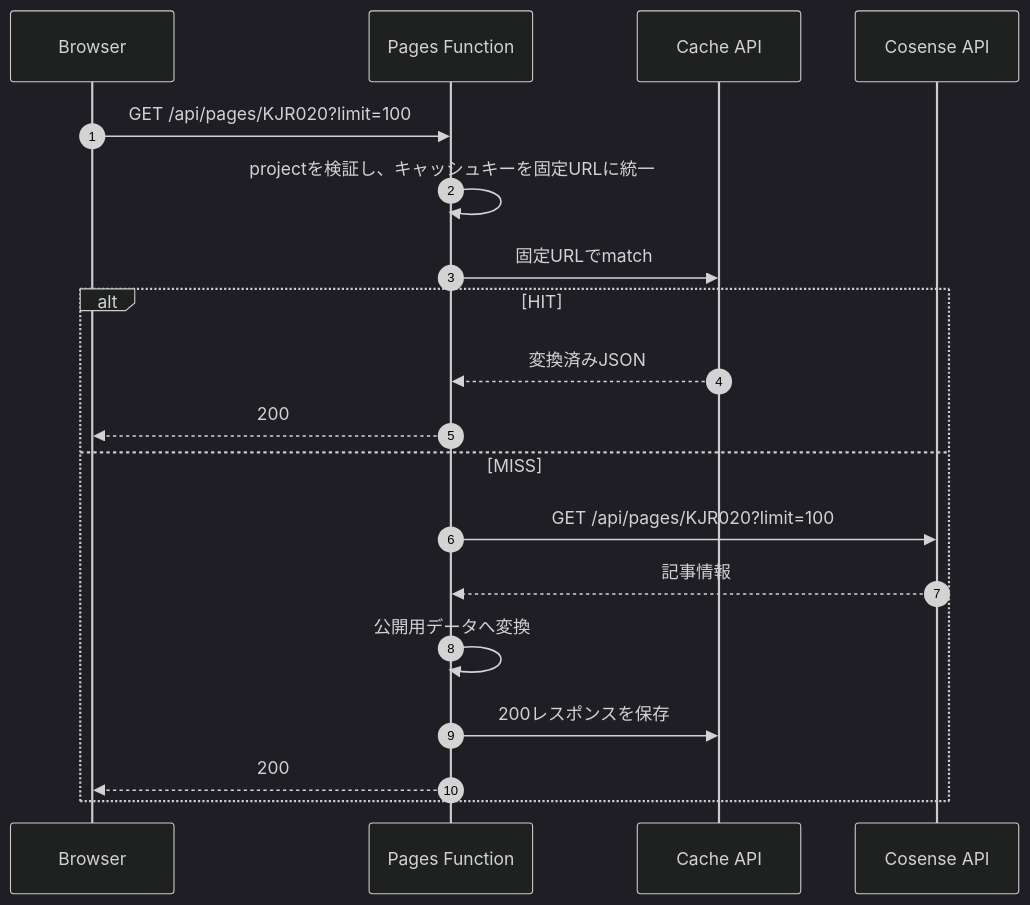
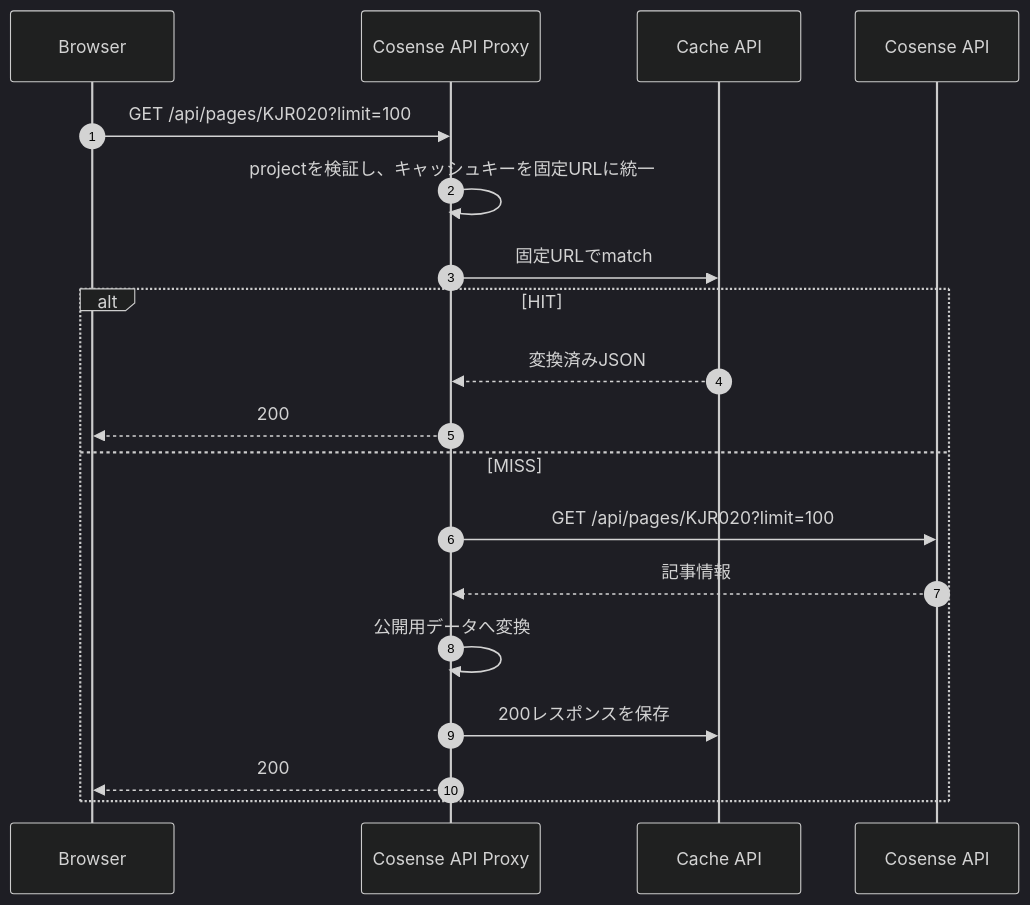
The diagram in docs/architecture/cosense-api-proxy.md (KJR020/kjr020-blog), drawn with Mermaid (dark theme) before and after one commit. The commit also changed other lines of this file and 9 other files, not shown here.

````diff
--- a/docs/architecture/cosense-api-proxy.md
+++ b/docs/architecture/cosense-api-proxy.md
@@ -16,22 +16,22 @@
 ```mermaid
 sequenceDiagram
     autonumber
     participant Browser
-    participant Function as Pages Function
+    participant Function as Cosense API Proxy
     participant Cache as Cache API
     participant Cosense as Cosense API
 
     Browser->>Function: GET /api/pages/KJR020?limit=100
     Function->>Function: projectを検証し、キャッシュキーを固定URLに統一
     Function->>Cache: 固定URLでmatch
     alt HIT
         Cache-->>Function: 変換済みJSON
         Function-->>Browser: 200
     else MISS
         Function->>Cosense: GET /api/pages/KJR020?limit=100
         Cosense-->>Function: 記事情報
         Function->>Function: 公開用データへ変換
         Function->>Cache: 200レスポンスを保存
         Function-->>Browser: 200
     end
 ```
````
